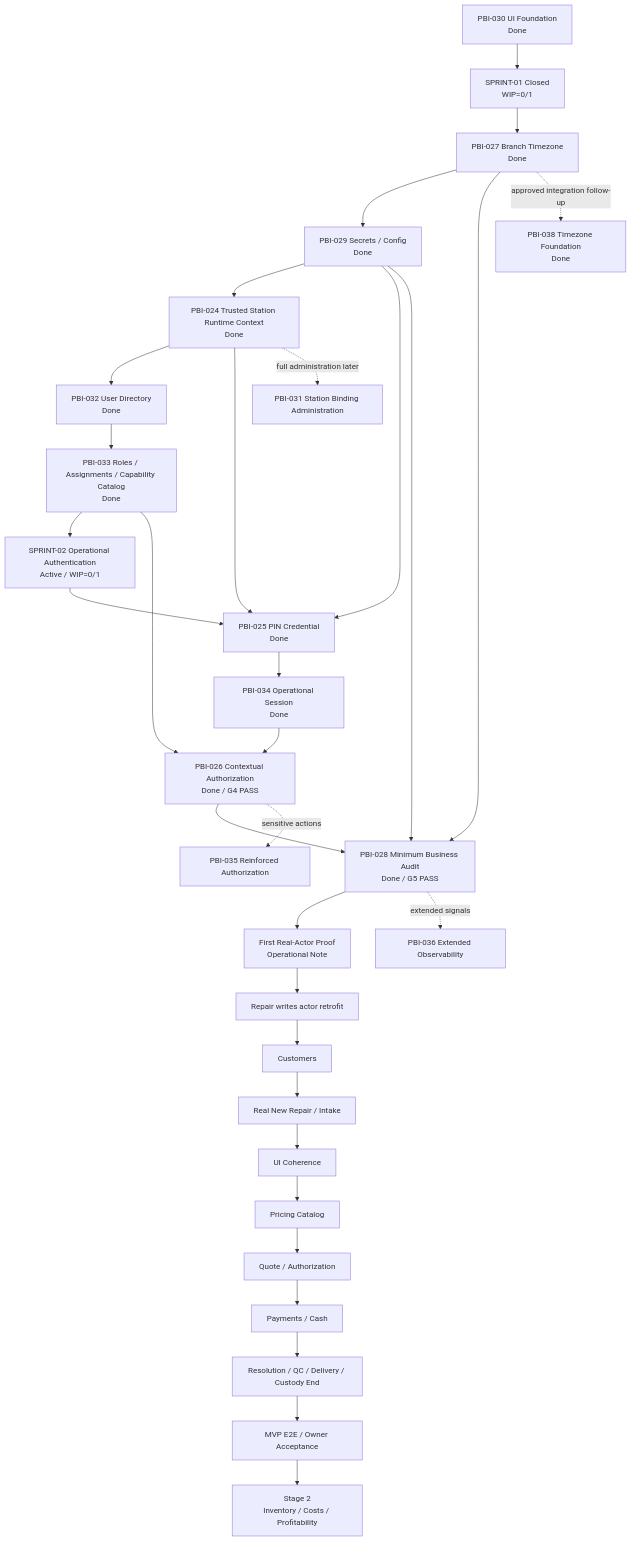
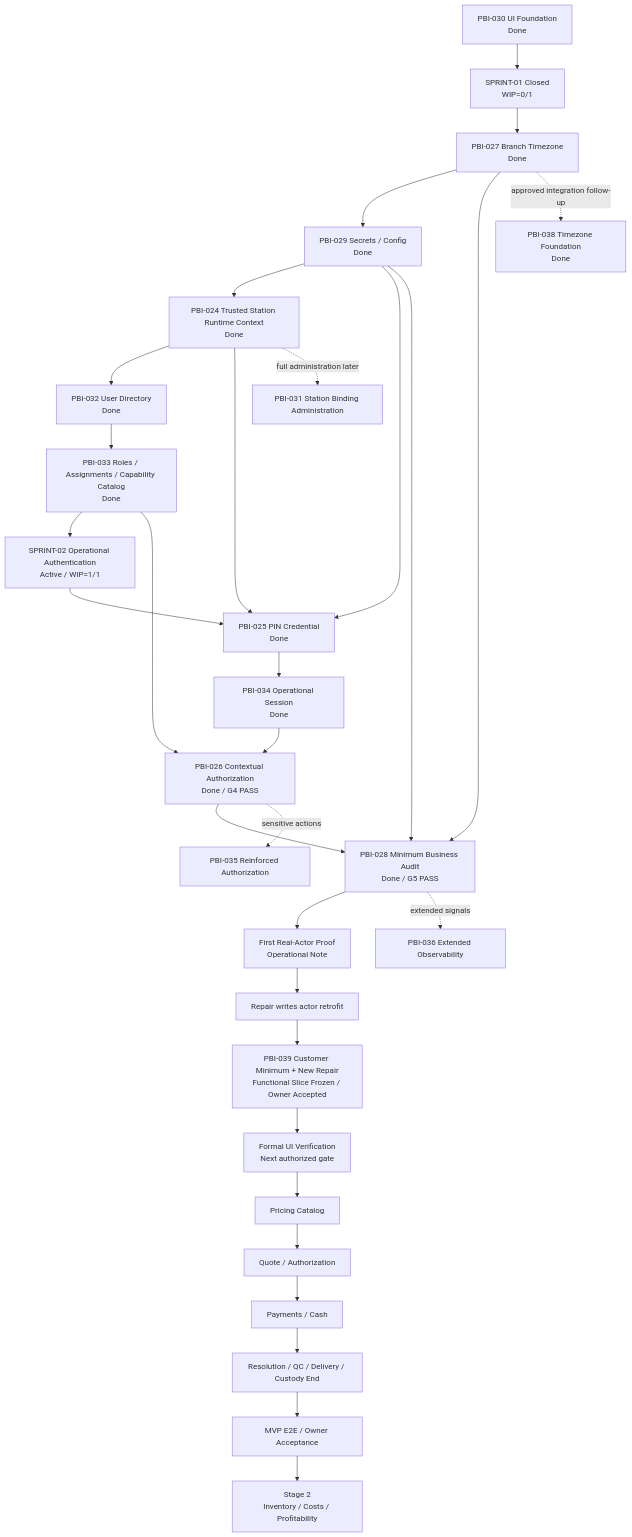
Before and after one commit to luisgtzaviles/SrTaller-2.0: the diagram in docs/backlog/DEPENDENCY_MAP.md, drawn with Mermaid. The commit also changed other lines of this file and 218 other files, not shown here.

````diff
--- a/docs/backlog/DEPENDENCY_MAP.md
+++ b/docs/backlog/DEPENDENCY_MAP.md
@@ -13,34 +15,33 @@
 ```mermaid
 flowchart TD
     P30[PBI-030 UI Foundation<br/>Done] --> S1[SPRINT-01 Closed<br/>WIP=0/1]
     S1 --> P27[PBI-027 Branch Timezone<br/>Done]
     P27 --> P29[PBI-029 Secrets / Config<br/>Done]
     P29 --> P24[PBI-024 Trusted Station Runtime Context<br/>Done]
     P24 --> P32[PBI-032 User Directory<br/>Done]
     P32 --> P33[PBI-033 Roles / Assignments / Capability Catalog<br/>Done]
-    P33 --> S2[SPRINT-02 Operational Authentication<br/>Active / WIP=0/1]
+    P33 --> S2[SPRINT-02 Operational Authentication<br/>Active / WIP=1/1]
     S2 --> P25[PBI-025 PIN Credential<br/>Done]
     P24 --> P25
     P29 --> P25
     P25 --> P34[PBI-034 Operational Session<br/>Done]
     P34 --> P26[PBI-026 Contextual Authorization<br/>Done / G4 PASS]
     P33 --> P26
     P26 --> P28[PBI-028 Minimum Business Audit<br/>Done / G5 PASS]
     P27 --> P28
     P29 --> P28
     P28 --> NOTE[First Real-Actor Proof<br/>Operational Note]
     P27 -. approved integration follow-up .-> P38[PBI-038 Timezone Foundation<br/>Done]
     NOTE --> RETRO[Repair writes actor retrofit]
-    RETRO --> CUSTOMERS[Customers]
-    CUSTOMERS --> INTAKE[Real New Repair / Intake]
-    INTAKE --> POLISH[UI Coherence]
+    RETRO --> P39[PBI-039 Customer Minimum + New Repair<br/>Functional Slice Frozen / Owner Accepted]
+    P39 --> POLISH[Formal UI Verification<br/>Next authorized gate]
     POLISH --> PRICING[Pricing Catalog]
     PRICING --> QUOTE[Quote / Authorization]
     QUOTE --> MONEY[Payments / Cash]
     MONEY --> DELIVERY[Resolution / QC / Delivery / Custody End]
     DELIVERY --> MVP[MVP E2E / Owner Acceptance]
     P24 -. full administration later .-> P31[PBI-031 Station Binding Administration]
     P26 -. sensitive actions .-> P35[PBI-035 Reinforced Authorization]
     P28 -. extended signals .-> P36[PBI-036 Extended Observability]
     MVP --> STAGE2[Stage 2<br/>Inventory / Costs / Profitability]
 ```
````
